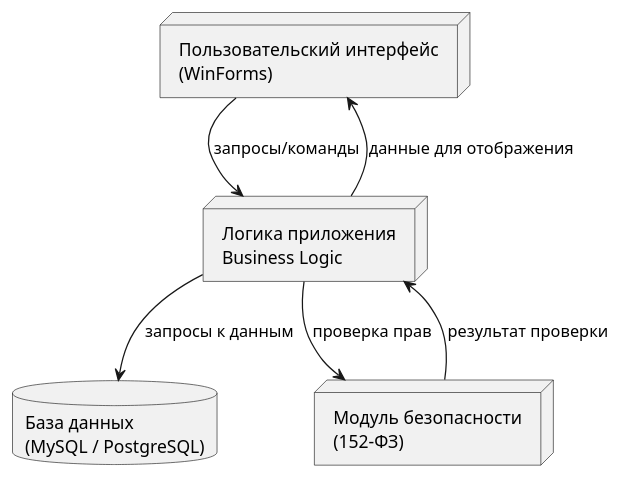
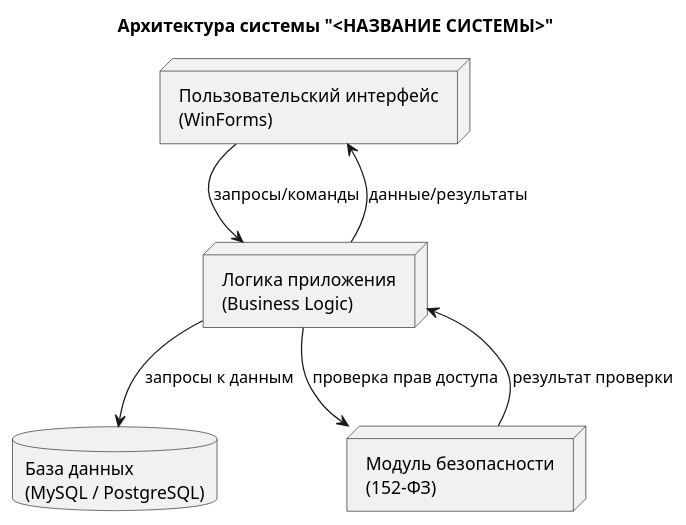
Before and after one commit to TheLim148/modular_exam: the fourth of 6 diagrams in diagrams.md, drawn with PlantUML. The commit also changed other lines of this file, not shown here.

Commit message:
Added diagrams

````diff
--- a/diagrams.md
+++ b/diagrams.md
@@ -54,14 +123,17 @@
 ```plantuml
 @startuml
+title Архитектура системы "<НАЗВАНИЕ СИСТЕМЫ>"
+
 node "Пользовательский интерфейс\n(WinForms)" as UI
-node "Логика приложения\nBusiness Logic" as BL
+node "Логика приложения\n(Business Logic)" as BL
 database "База данных\n(MySQL / PostgreSQL)" as DB
 node "Модуль безопасности\n(152-ФЗ)" as SEC
 
 UI --> BL : запросы/команды
 BL --> DB : запросы к данным
-BL --> SEC : проверка прав
+BL --> SEC : проверка прав доступа
 SEC --> BL : результат проверки
-BL --> UI : данные для отображения
+BL --> UI : данные/результаты
+
 @enduml
 ```
````
